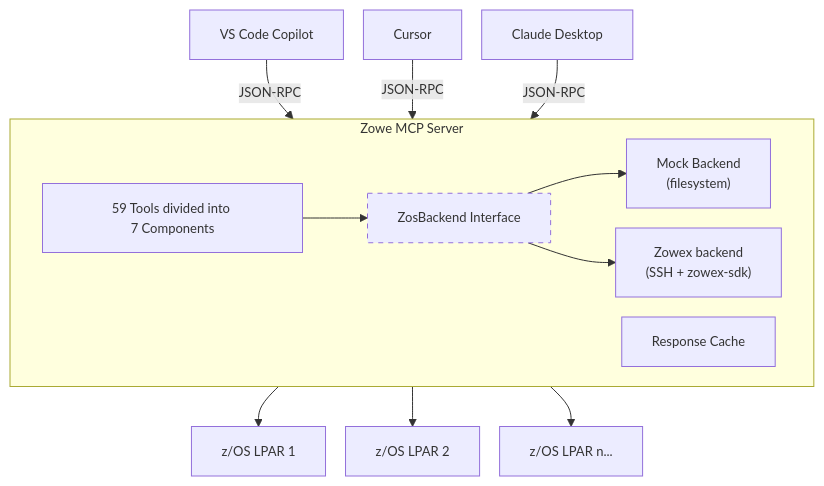
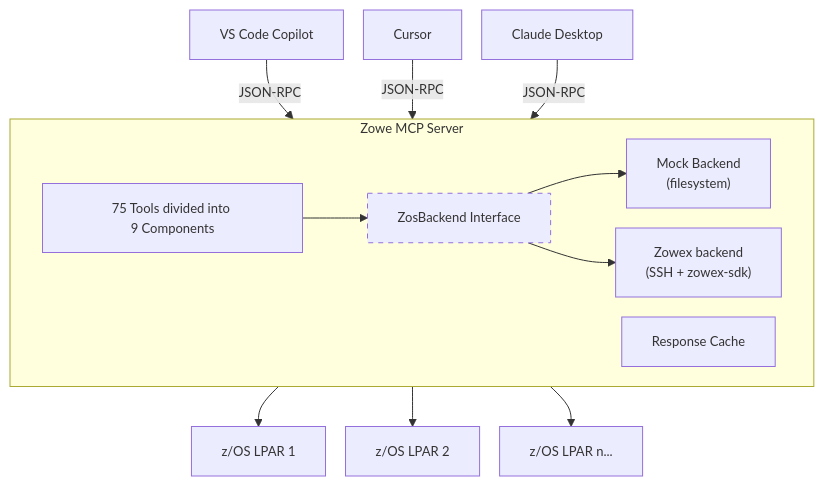
Before and after one commit to grfwings/zowe-mcp: the first of 3 diagrams in presentations/zowe-mcp/slides.md, drawn with Mermaid. The commit also changed other lines of this file and 21 other files, not shown here.

````diff
--- a/presentations/zowe-mcp/slides.md
+++ b/presentations/zowe-mcp/slides.md
@@ -199,30 +199,30 @@
 ```mermaid {scale: 0.8}
 ---
 config:
   flowchart:
     nodeSpacing: 20
     rankSpacing: 40
   themeVariables:
     fontSize: 13px
 ---
 flowchart TD
   Copilot["VS Code Copilot"] & CursorAI["Cursor"] & Claude["Claude Desktop"]
   Copilot & CursorAI & Claude -->|"JSON-RPC"| Server
 
   subgraph Server ["Zowe MCP Server"]
     direction LR
-    Tools["59 Tools divided into 7&nbsp;Components"]
+    Tools["75 Tools divided into 9&nbsp;Components"]
     Cache["Response Cache"]
     Tools --> ZosBackendInterface
     ZosBackendInterface["ZosBackend Interface"]
     ZosBackendInterface --> Mock["Mock Backend<br/>(filesystem)"]
     ZosBackendInterface --> ZowexBackend["Zowex backend<br/>(SSH + zowex-sdk)"]
   end
 
   classDef dottedStyle stroke-dasharray: 5 5
   class ZosBackendInterface dottedStyle
 
   ZowexBackend --> zOS1["z/OS LPAR 1"]
   ZowexBackend --> zOS2["z/OS LPAR 2"]
   ZowexBackend --> zOS3["z/OS LPAR n..."]
 ```
````
